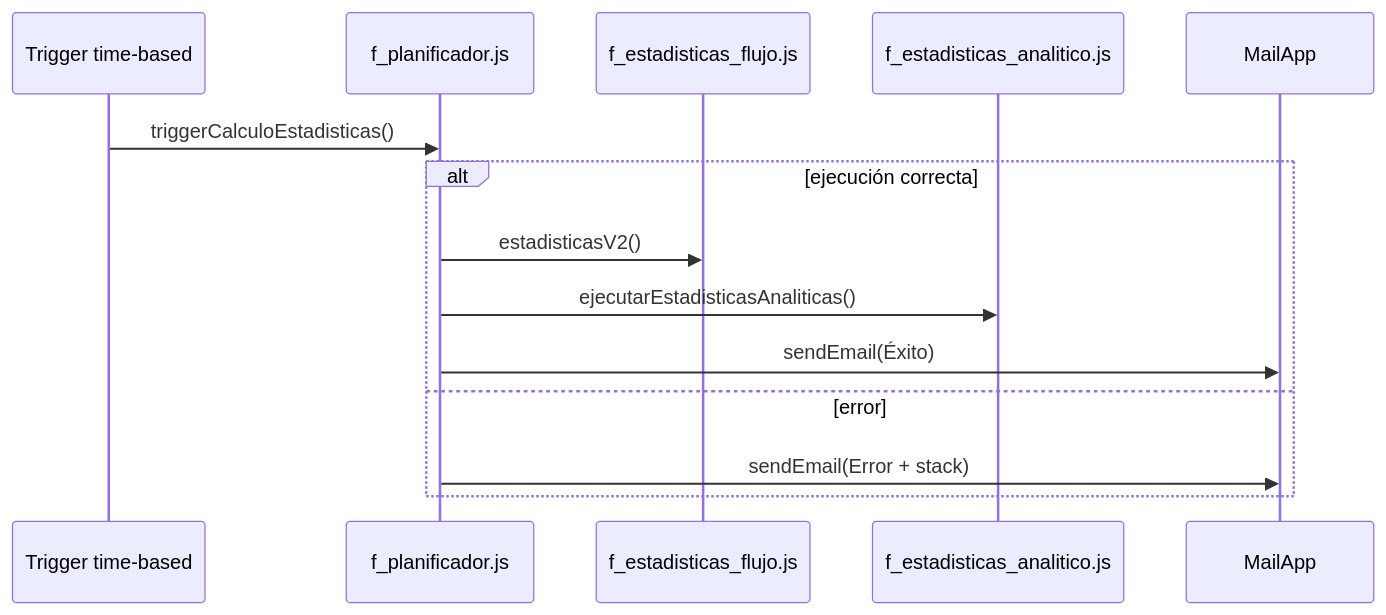
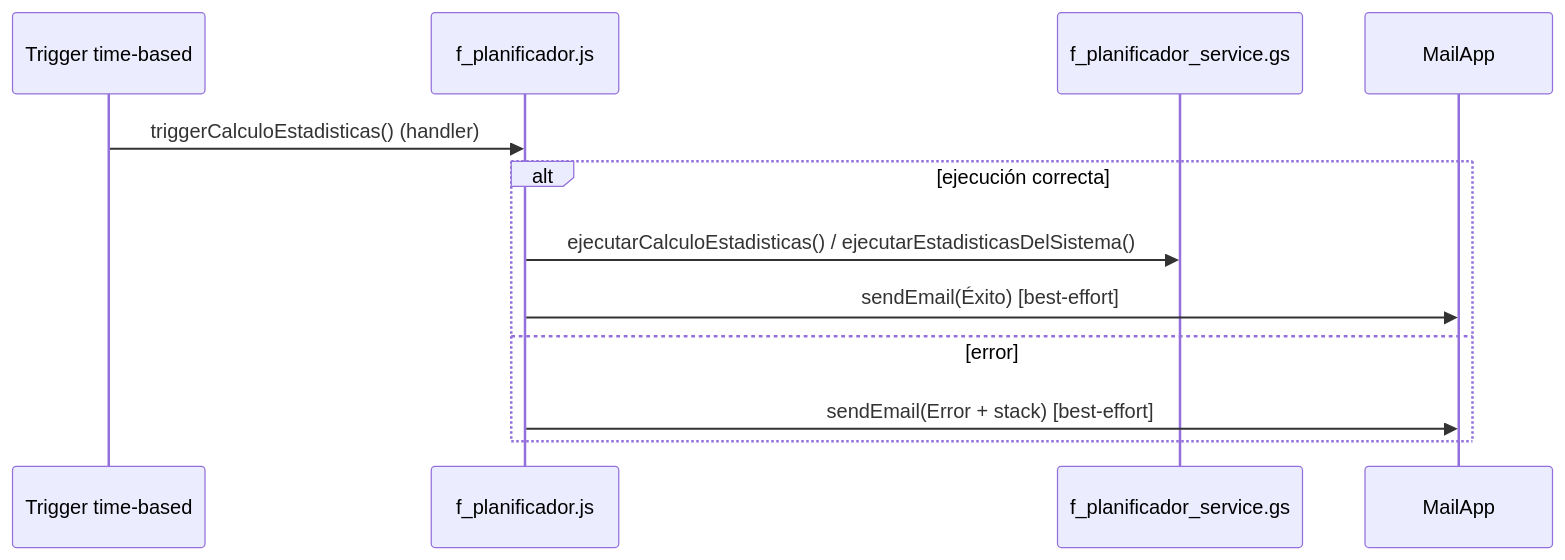
The seventh of 7 diagrams in docs/FLOWS.md (Luisky24/Gestion_Tareas_Susi), drawn with Mermaid before and after one commit. The commit also changed other lines of this file and 11 other files, not shown here.

````diff
--- a/docs/FLOWS.md
+++ b/docs/FLOWS.md
@@ -328,16 +334,14 @@
 ```mermaid
 sequenceDiagram
   participant Tr as Trigger time-based
   participant Pl as f_planificador.js
-  participant V2 as f_estadisticas_flujo.js
-  participant Sem as f_estadisticas_analitico.js
+  participant Svc as f_planificador_service.gs
   participant Mail as MailApp
-  Tr->>Pl: triggerCalculoEstadisticas()
+  Tr->>Pl: triggerCalculoEstadisticas() (handler)
   alt ejecución correcta
-    Pl->>V2: estadisticasV2()
-    Pl->>Sem: ejecutarEstadisticasAnaliticas()
-    Pl->>Mail: sendEmail(Éxito)
+    Pl->>Svc: ejecutarCalculoEstadisticas() / ejecutarEstadisticasDelSistema()
+    Pl->>Mail: sendEmail(Éxito) [best-effort]
   else error
-    Pl->>Mail: sendEmail(Error + stack)
+    Pl->>Mail: sendEmail(Error + stack) [best-effort]
   end
 ```
````
